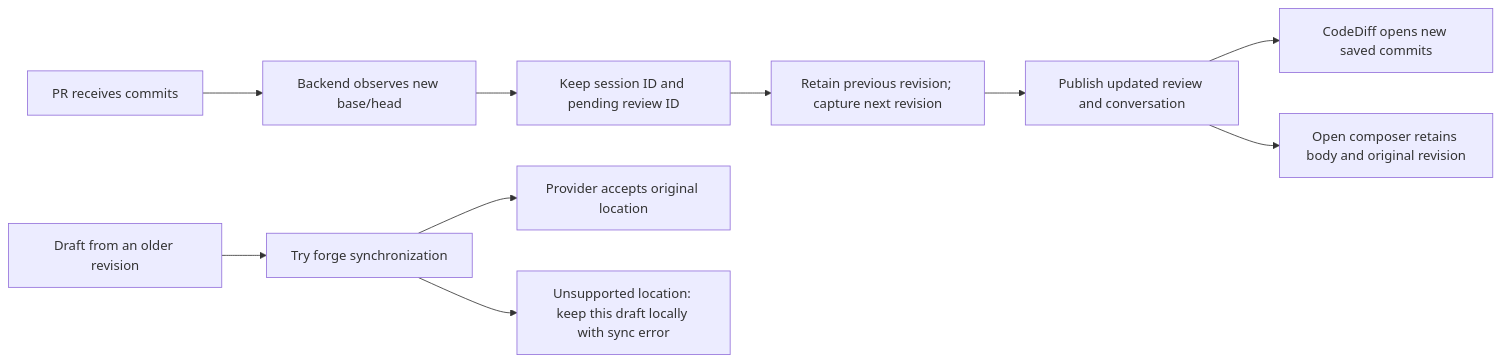
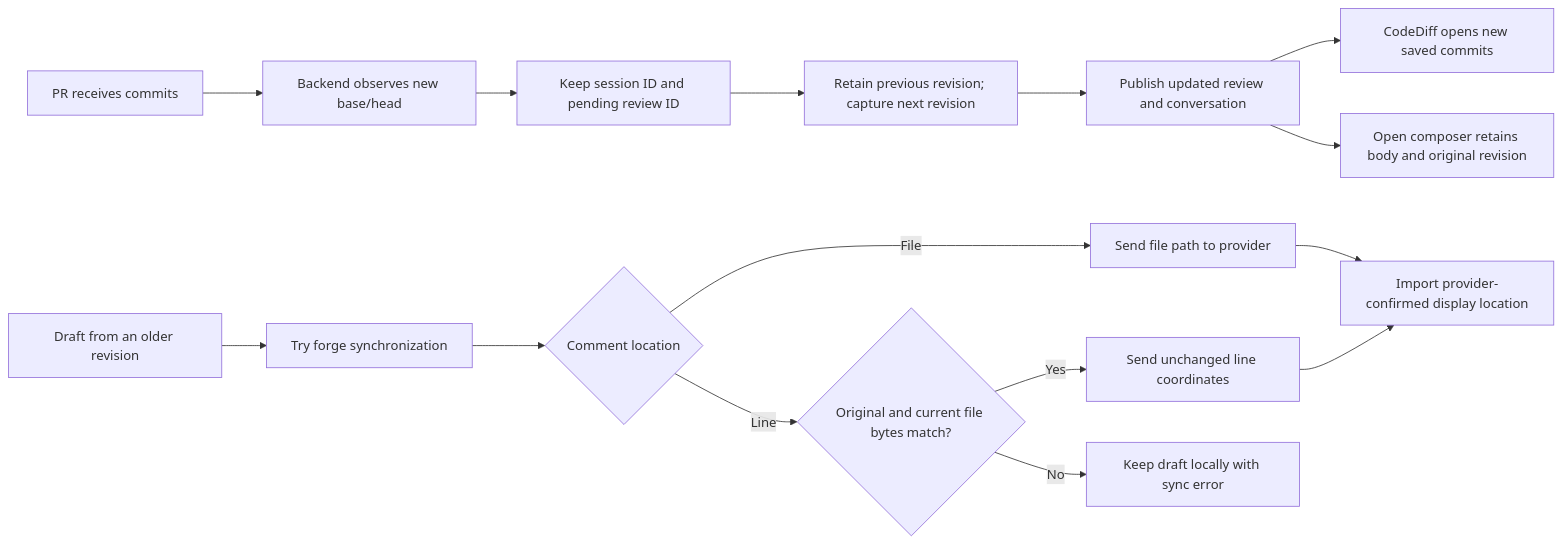
Before and after one commit to difflab-io/lgtm: the fourth of 4 diagrams in docs/architecture/lgtm.nvim/index.md, drawn with Mermaid. The commit also changed other lines of this file and 20 other files, not shown here.

````diff
--- a/docs/architecture/lgtm.nvim/index.md
+++ b/docs/architecture/lgtm.nvim/index.md
@@ -95,12 +95,17 @@
 ```mermaid
 flowchart LR
   Push[PR receives commits] --> Fetch[Backend observes new base/head]
   Fetch --> Keep[Keep session ID and pending review ID]
   Keep --> Revision[Retain previous revision; capture next revision]
   Revision --> Data[Publish updated review and conversation]
   Data --> View[CodeDiff opens new saved commits]
   Data --> Composer[Open composer retains body and original revision]
   Draft[Draft from an older revision] --> Sync[Try forge synchronization]
-  Sync --> Accepted[Provider accepts original location]
-  Sync --> Local[Unsupported location: keep this draft locally with sync error]
+  Sync --> Kind{Comment location}
+  Kind -->|File| Accepted[Send file path to provider]
+  Kind -->|Line| Bytes{Original and current file bytes match?}
+  Bytes -->|Yes| AcceptedLine[Send unchanged line coordinates]
+  Bytes -->|No| Local[Keep draft locally with sync error]
+  Accepted --> Observed[Import provider-confirmed display location]
+  AcceptedLine --> Observed
 ```
````
